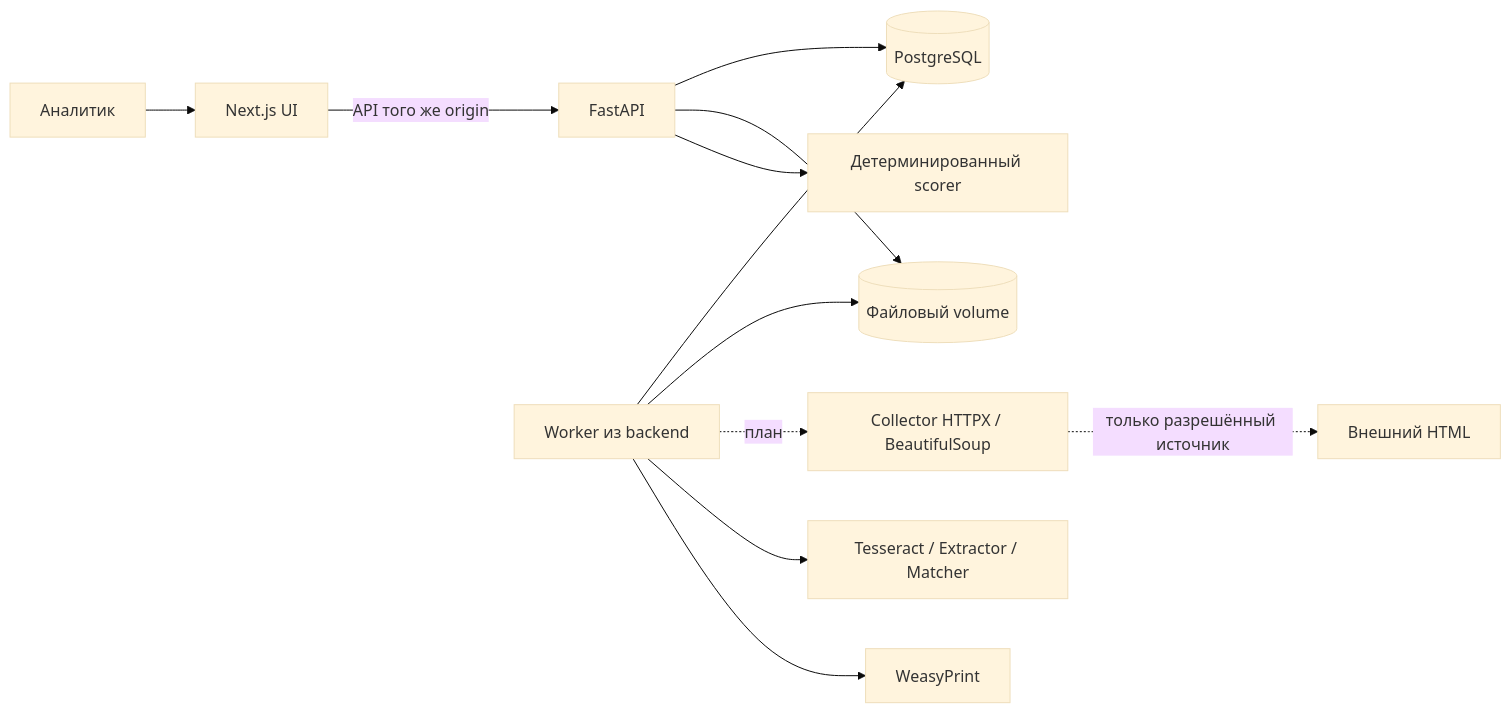
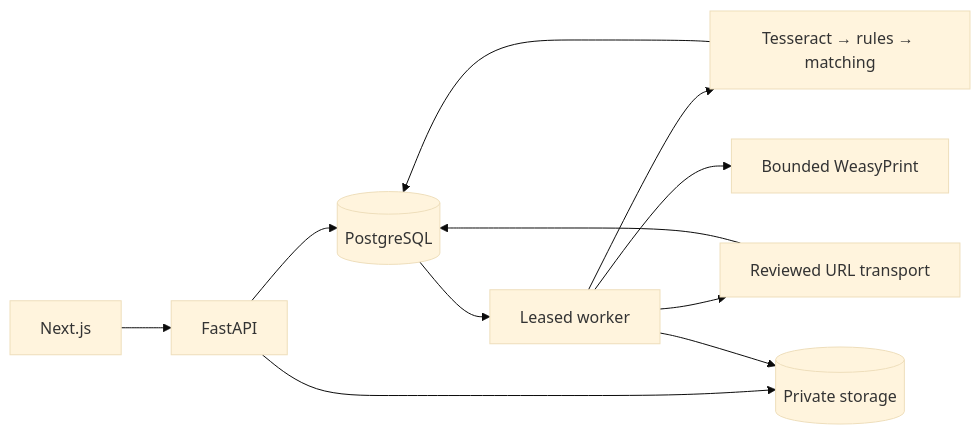
One commit to temirkhanerbolatovich-coder/saq-qurylys changed the diagram in docs/ARCHITECTURE.md. Above: the diagram before and after it, drawn with Mermaid (base theme). The commit also changed other lines of this file and 361 other files, not shown here.

````diff
--- a/docs/ARCHITECTURE.md
+++ b/docs/ARCHITECTURE.md
@@ -104,14 +18,13 @@
 ```mermaid
 flowchart LR
-    A[Аналитик] --> F[Next.js UI]
-    F -->|API того же origin| B[FastAPI]
-    B --> D[(PostgreSQL)]
-    B --> V[(Файловый volume)]
-    W[Worker из backend] --> D
-    W --> V
-    W -. план .-> C[Collector HTTPX / BeautifulSoup]
-    W --> O[Tesseract / Extractor / Matcher]
-    W --> P[WeasyPrint]
-    C -. только разрешённый источник .-> X[Внешний HTML]
-    B --> R[Детерминированный scorer]
+  UI[Next.js] --> API[FastAPI]
+  API --> DB[(PostgreSQL)]
+  API --> FILES[(Private storage)]
+  DB --> W[Leased worker]
+  W --> OCR[Tesseract → rules → matching]
+  W --> URL[Reviewed URL transport]
+  W --> PDF[Bounded WeasyPrint]
+  W --> FILES
+  OCR --> DB
+  URL --> DB
 ```
````
